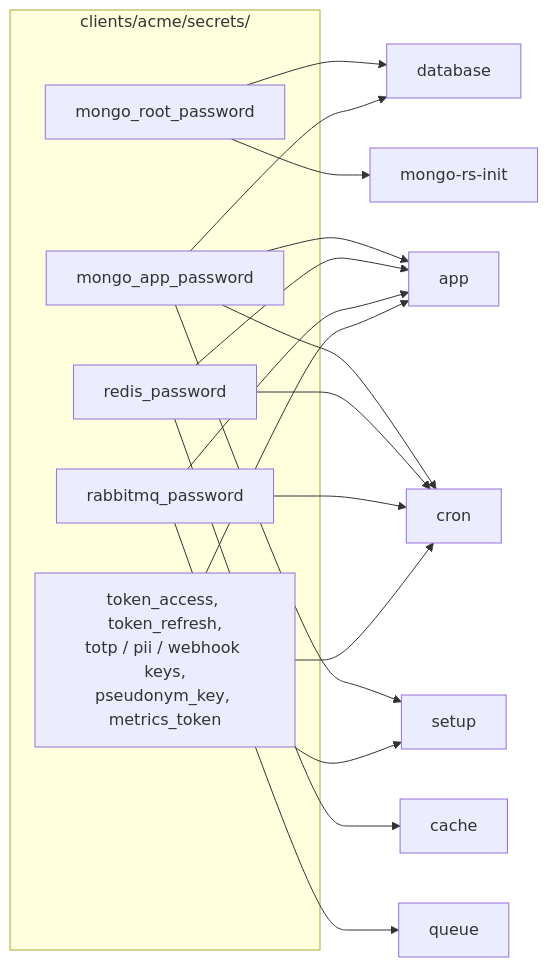
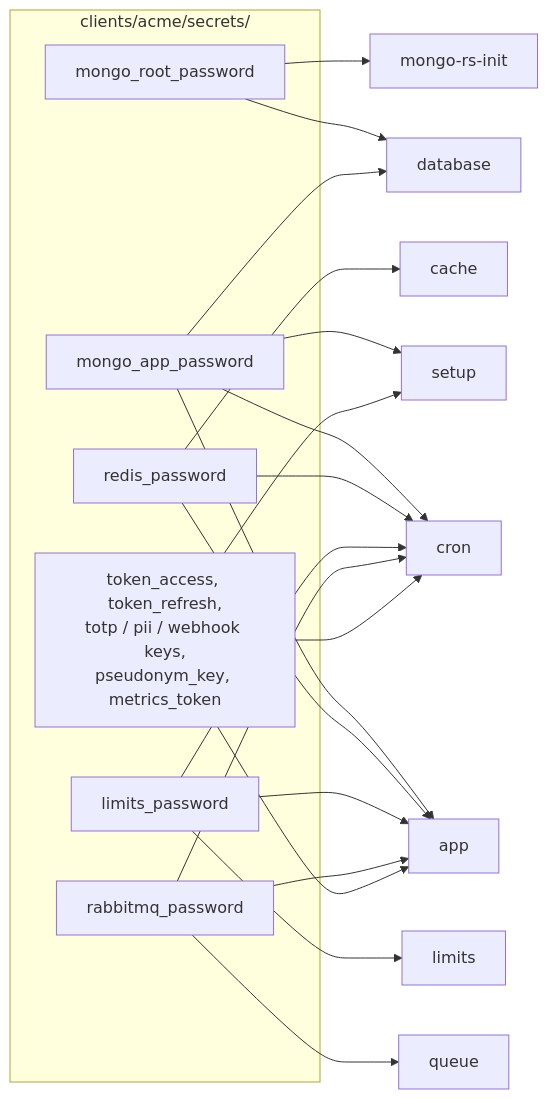
The second of 2 diagrams in docs/getting-started-production.md (Guebbit/boilerplate-node-backend), drawn with Mermaid before and after one commit. The commit also changed other lines of this file and 27 other files, not shown here.

````diff
--- a/docs/getting-started-production.md
+++ b/docs/getting-started-production.md
@@ -65,25 +65,29 @@
 ```mermaid
 flowchart LR
     subgraph files["clients/acme/secrets/"]
         root["mongo_root_password"]
         appdb["mongo_app_password"]
         redis["redis_password"]
+        limits_file["limits_password"]
         rabbit["rabbitmq_password"]
         keys["token_access, token_refresh,<br/>totp / pii / webhook keys,<br/>pseudonym_key, metrics_token"]
     end
     root --> database
     root --> rsinit["mongo-rs-init"]
     appdb --> database
     appdb --> app
     appdb --> cron
     appdb --> setup
     redis --> cache
     redis --> app
     redis --> cron
+    limits_file --> limits
+    limits_file --> app
+    limits_file --> cron
     rabbit --> queue
     rabbit --> app
     rabbit --> cron
     keys --> app
     keys --> cron
     keys --> setup
 ```
````
